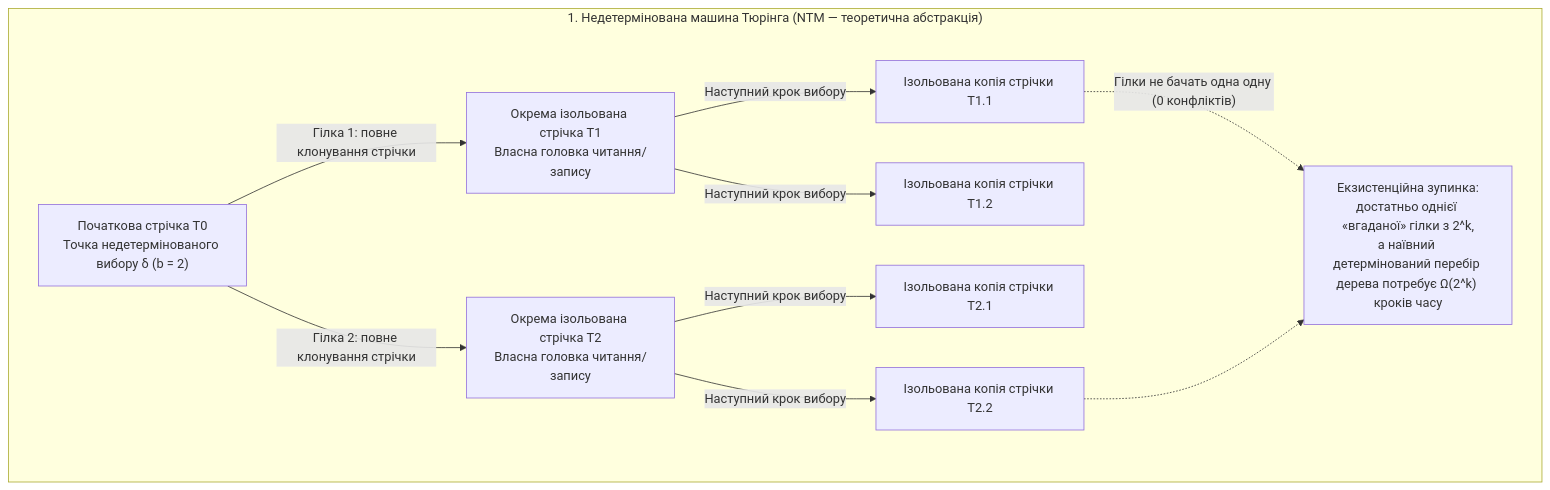
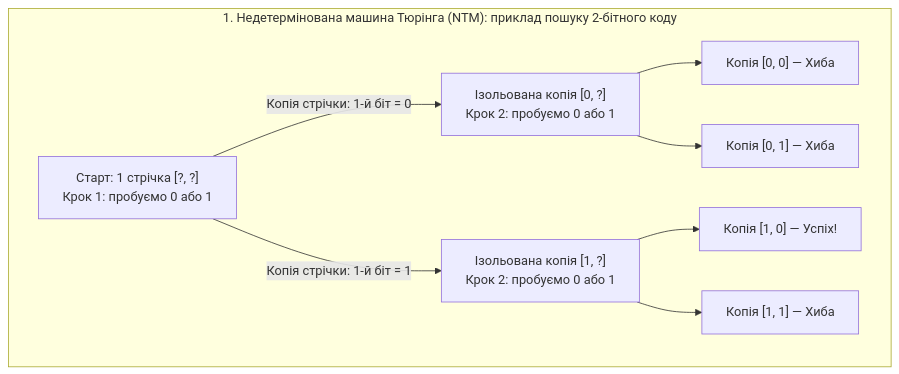
The fourth of 7 diagrams in Articles/DOU_Article_Kuzmin_Machine_UA.md (nick-fedchik/kuzmin-machine), drawn with Mermaid before and after one commit. The commit also changed other lines of this file, not shown here.

Commit message:
docs(articles): apply didactic, Mermaid, and formula fixes to full DOU article (v1.1.0)

````diff
--- a/Articles/DOU_Article_Kuzmin_Machine_UA.md
+++ b/Articles/DOU_Article_Kuzmin_Machine_UA.md
@@ -427,13 +471,12 @@
 ```mermaid
 flowchart TD
-    subgraph NTM["1. Недетермінована машина Тюрінга (NTM — теоретична абстракція)"]
-        T0["Початкова стрічка T0<br/>Точка недетермінованого вибору δ (b = 2)"] -->|"Гілка 1: повне клонування стрічки"| TA["Окрема ізольована стрічка T1<br/>Власна головка читання/запису"]
-        T0 -->|"Гілка 2: повне клонування стрічки"| TB["Окрема ізольована стрічка T2<br/>Власна головка читання/запису"]
-        TA -->|"Наступний крок вибору"| TA1["Ізольована копія стрічки T1.1"]
-        TA -->|"Наступний крок вибору"| TA2["Ізольована копія стрічки T1.2"]
-        TB -->|"Наступний крок вибору"| TB1["Ізольована копія стрічки T2.1"]
-        TB -->|"Наступний крок вибору"| TB2["Ізольована копія стрічки T2.2"]
-        TA1 -.->|"Гілки не бачать одна одну (0 конфліктів)"| AcceptNTM["Екзистенційна зупинка:<br/>достатньо однієї «вгаданої» гілки з 2^k,<br/>а наївний детермінований перебір дерева потребує Ω(2^k) кроків часу"]
-        TB2 -.-> AcceptNTM
+    subgraph NTM["1. Недетермінована машина Тюрінга (NTM): приклад пошуку 2-бітного коду"]
+        S0["Старт: 1 стрічка [?, ?]<br/>Крок 1: пробуємо 0 або 1"]
+        S0 -->|"Копія стрічки: 1-й біт = 0"| S0x["Ізольована копія [0, ?]<br/>Крок 2: пробуємо 0 або 1"]
+        S0 -->|"Копія стрічки: 1-й біт = 1"| S1x["Ізольована копія [1, ?]<br/>Крок 2: пробуємо 0 або 1"]
+        S0x --> S00["Копія [0, 0] — Хиба"]
+        S0x --> S01["Копія [0, 1] — Хиба"]
+        S1x --> S10["Копія [1, 0] — Успіх!"]
+        S1x --> S11["Копія [1, 1] — Хиба"]
     end
 ```
````
